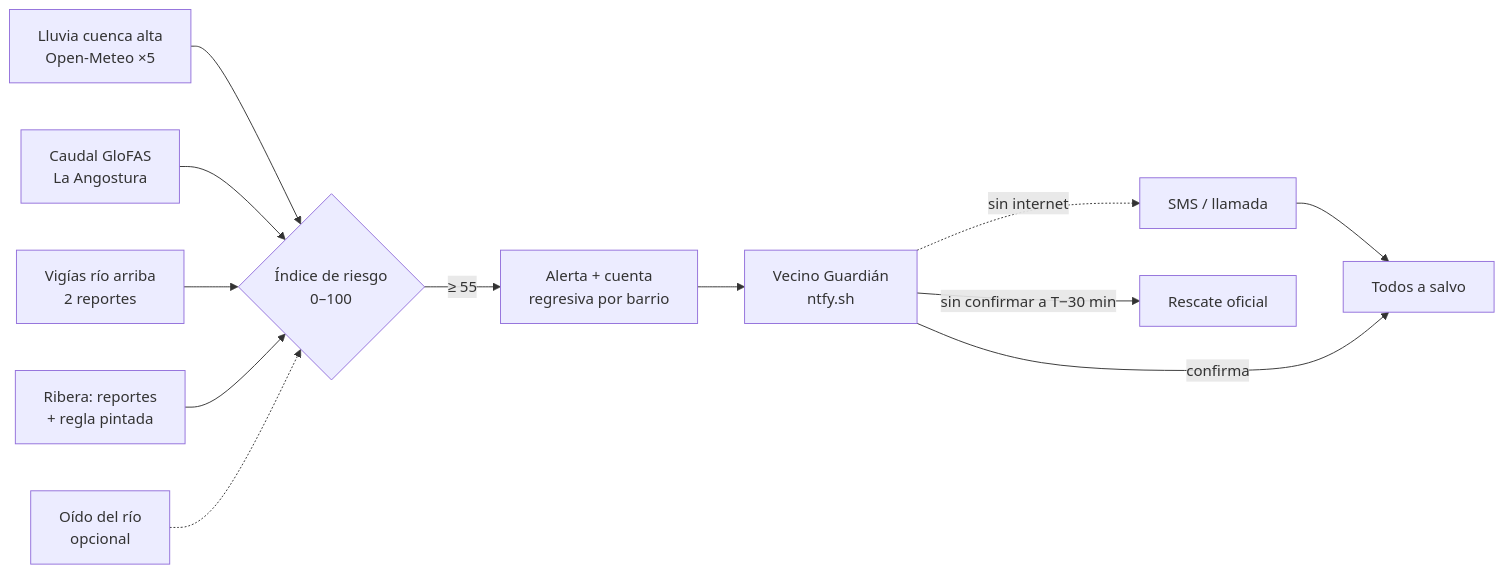
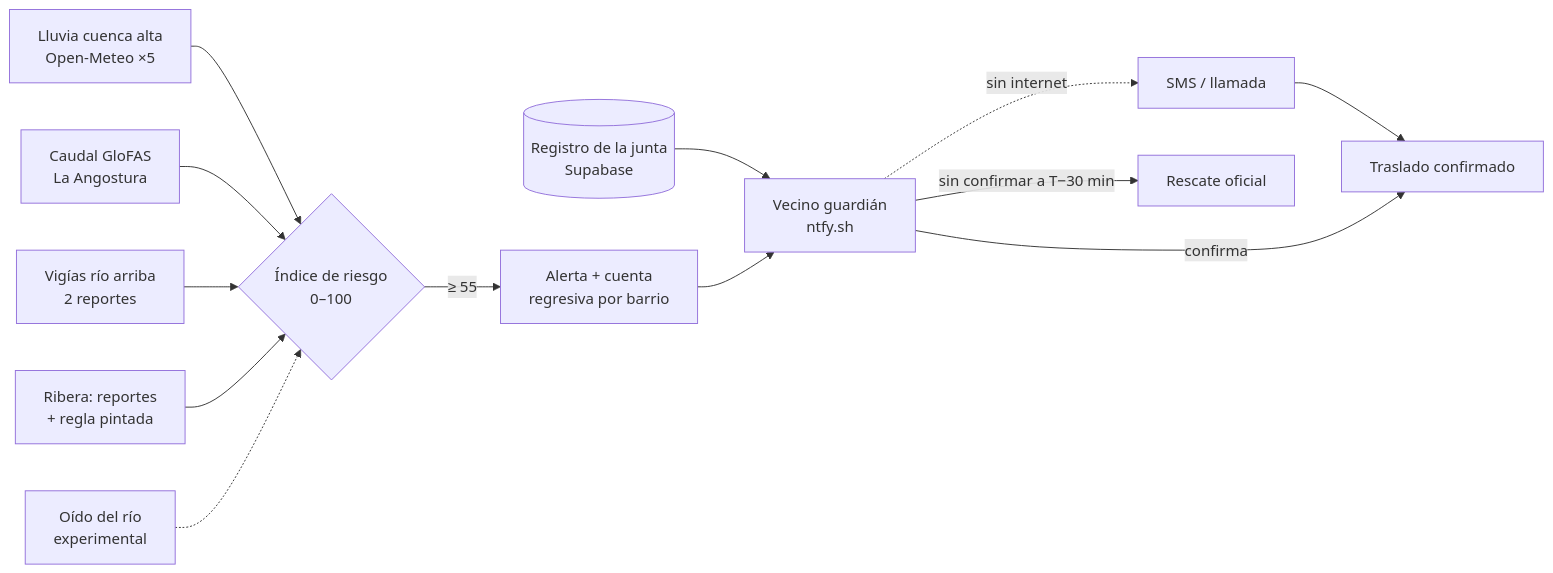
Before and after one commit to NeckHurtttt/birria-tech: the diagram in README.md, drawn with Mermaid. The commit also changed other lines of this file and 1 other file, not shown here.

Commit message:
README formal y sin emoticonos; encabezados del pitch sin emoticonos

````diff
--- a/README.md
+++ b/README.md
@@ -160,14 +177,15 @@
 ```mermaid
 flowchart LR
   A[Lluvia cuenca alta<br/>Open-Meteo ×5] --> I{Índice de riesgo<br/>0–100}
   B[Caudal GloFAS<br/>La Angostura] --> I
   V[Vigías río arriba<br/>2 reportes] --> I
   C[Ribera: reportes<br/>+ regla pintada] --> I
-  D[Oído del río<br/>opcional] -.-> I
+  D[Oído del río<br/>experimental] -.-> I
+  R[(Registro de la junta<br/>Supabase)] --> F
   I -- "≥ 55" --> E[Alerta + cuenta<br/>regresiva por barrio]
-  E --> F[Vecino Guardián<br/>ntfy.sh]
+  E --> F[Vecino guardián<br/>ntfy.sh]
   F -. sin internet .-> S[SMS / llamada]
   S --> G
-  F -- confirma --> G[Todos a salvo]
+  F -- confirma --> G[Traslado confirmado]
   F -- sin confirmar a T−30 min --> H[Rescate oficial]
 ```
````
